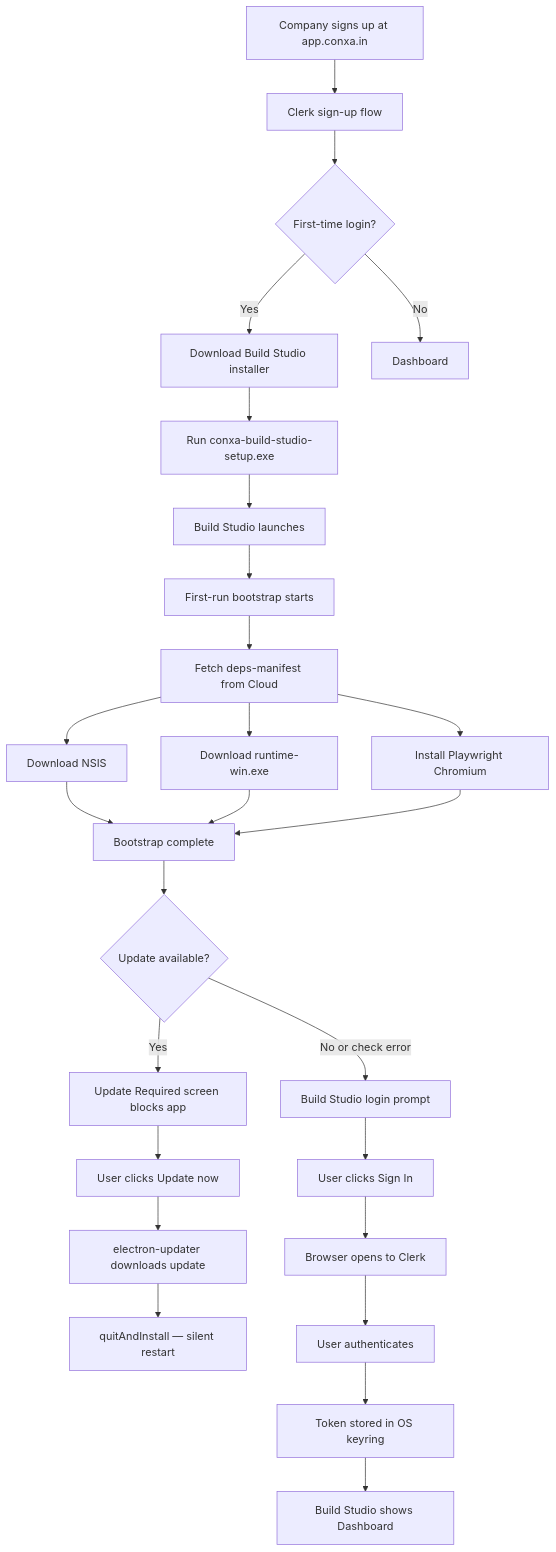
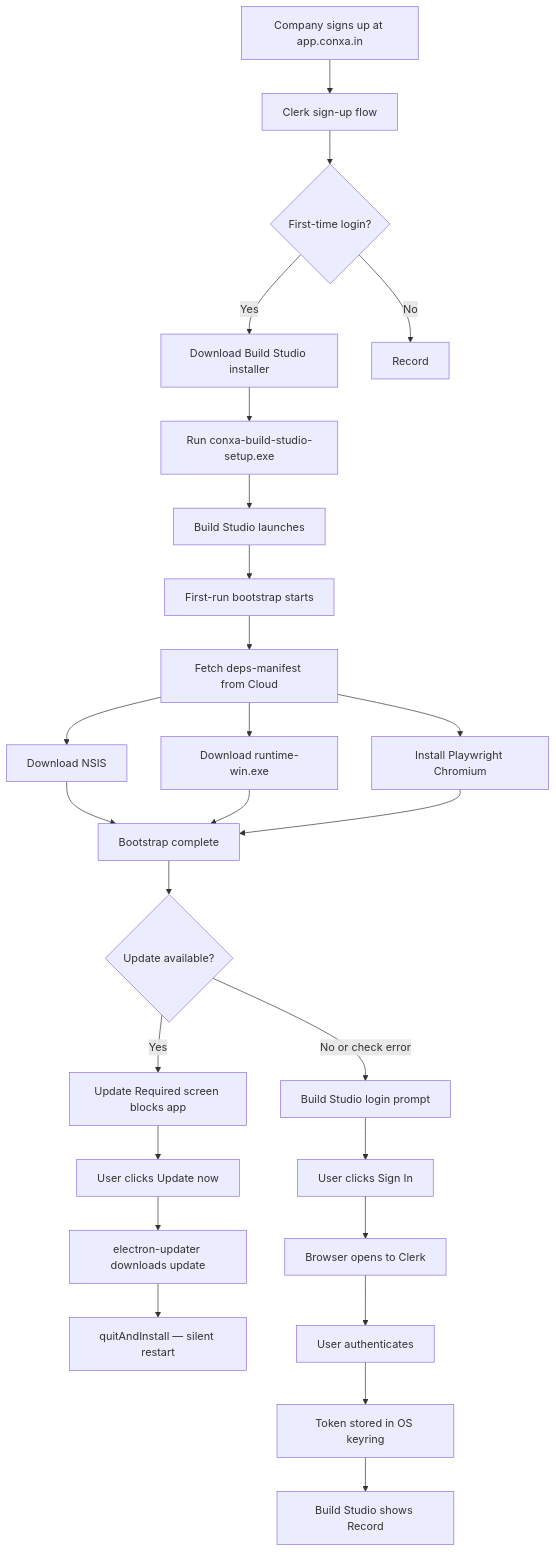
The first of 17 diagrams in docs/App-Flow.md (Cannonbold2412/CONXA), drawn with Mermaid before and after one commit. The commit also changed other lines of this file and 5 other files, not shown here.

First line of the commit message:
docs: update technical docs for the Build Studio and installer redesigns

````diff
--- a/docs/App-Flow.md
+++ b/docs/App-Flow.md
@@ -32,26 +32,26 @@
 ```mermaid
 flowchart TD
     A[Company signs up at app.conxa.in] --> B[Clerk sign-up flow]
     B --> C{First-time login?}
     C -->|Yes| D[Download Build Studio installer]
-    C -->|No| E[Dashboard]
+    C -->|No| E[Record]
     D --> F[Run conxa-build-studio-setup.exe]
     F --> G[Build Studio launches]
     G --> H[First-run bootstrap starts]
     H --> I[Fetch deps-manifest from Cloud]
     I --> J[Download NSIS]
     I --> K[Download runtime-win.exe]
     I --> L[Install Playwright Chromium]
     J & K & L --> M[Bootstrap complete]
     M --> U{Update available?}
     U -->|Yes| V[Update Required screen blocks app]
     V --> W[User clicks Update now]
     W --> X[electron-updater downloads update]
     X --> Y[quitAndInstall — silent restart]
     U -->|No or check error| N[Build Studio login prompt]
     N --> O[User clicks Sign In]
     O --> P[Browser opens to Clerk]
     P --> Q[User authenticates]
     Q --> R[Token stored in OS keyring]
-    R --> S[Build Studio shows Dashboard]
+    R --> S[Build Studio shows Record]
 ```
````
